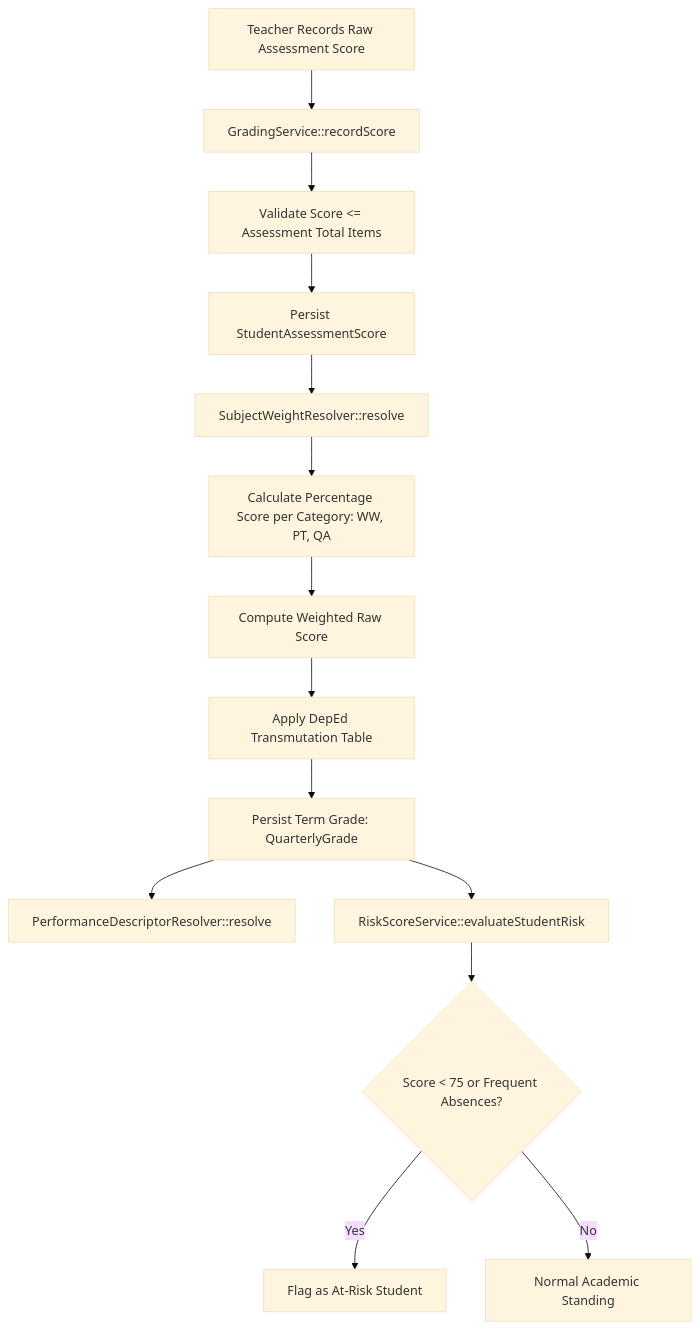
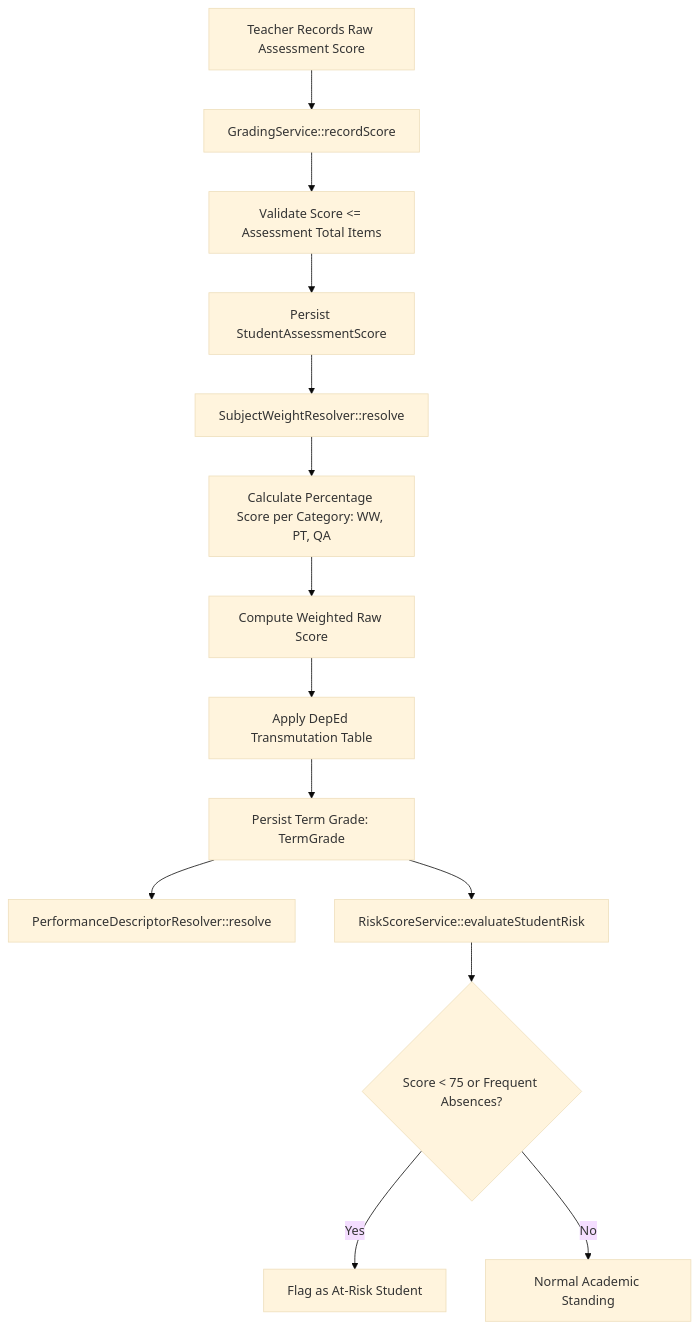
One commit to arrnstrd/CIS_CAPSTONE changed the first of 2 diagrams in documentation/04_business_logic/GRADING_AND_ASSESSMENT.md. Above: the diagram before and after it, drawn with Mermaid (base theme). The commit also changed other lines of this file and 100 other files, not shown here.

````diff
--- a/documentation/04_business_logic/GRADING_AND_ASSESSMENT.md
+++ b/documentation/04_business_logic/GRADING_AND_ASSESSMENT.md
@@ -9,16 +9,16 @@
 ```mermaid
 flowchart TD
     A[Teacher Records Raw Assessment Score] --> B[GradingService::recordScore]
     B --> C[Validate Score <= Assessment Total Items]
     C --> D[Persist StudentAssessmentScore]
     D --> E[SubjectWeightResolver::resolve]
     E --> F[Calculate Percentage Score per Category: WW, PT, QA]
     F --> G[Compute Weighted Raw Score]
     G --> H[Apply DepEd Transmutation Table]
-    H --> I[Persist Term Grade: QuarterlyGrade]
+    H --> I[Persist Term Grade: TermGrade]
     I --> J[PerformanceDescriptorResolver::resolve]
     I --> K[RiskScoreService::evaluateStudentRisk]
     K --> L{Score < 75 or Frequent Absences?}
     L -- Yes --> M[Flag as At-Risk Student]
     L -- No --> N[Normal Academic Standing]
 ```
````
